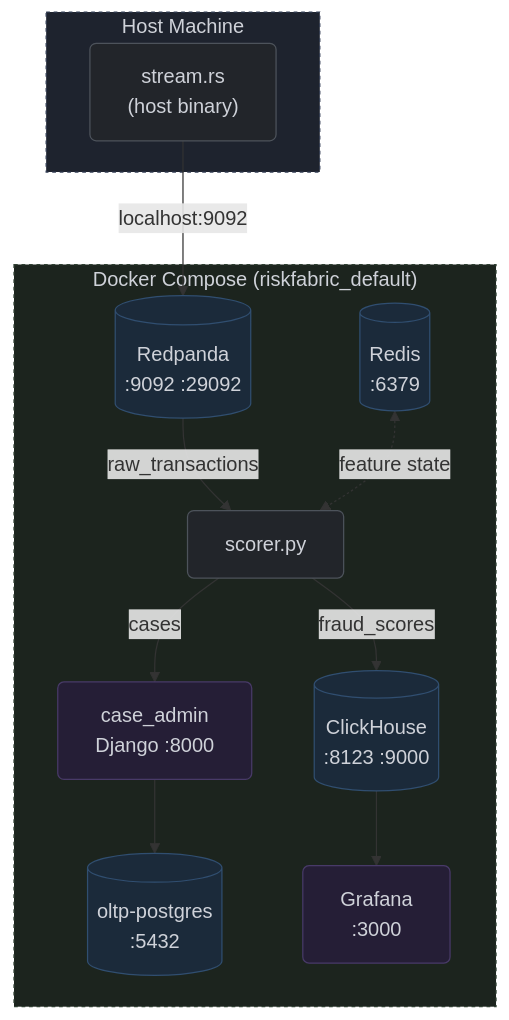
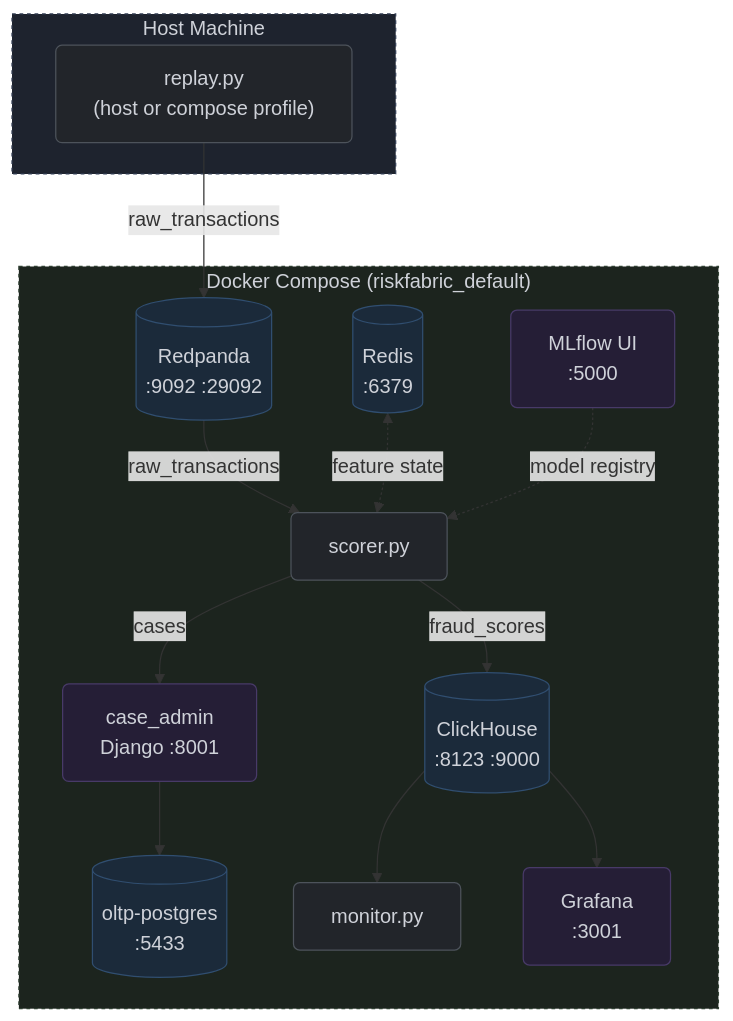
Before and after one commit to harshafaik/riskfabric-ml: the diagram in documentation/components/infrastructure.md, drawn with Mermaid. The commit also changed other lines of this file and 21 other files, not shown here.

````diff
--- a/documentation/components/infrastructure.md
+++ b/documentation/components/infrastructure.md
@@ -11,28 +11,32 @@
 ```mermaid
 flowchart TB
     classDef script fill:#22252a,stroke:#4d535b,stroke-width:1px,rx:5px,ry:5px,color:#cfd2d9;
     classDef store fill:#1b2a3a,stroke:#304e70,stroke-width:1px,rx:5px,ry:5px,color:#cfd2d9;
     classDef ui fill:#251e36,stroke:#483a68,stroke-width:1px,rx:5px,ry:5px,color:#cfd2d9;
     subgraph Host["Host Machine"]
-        STREAM["stream.rs\n(host binary)"]:::script
+        REPLAY["replay.py\n(host or compose profile)"]:::script
     end
     subgraph Stack["Docker Compose (riskfabric_default)"]
         RP[(Redpanda\n:9092 :29092)]:::store
         RD[(Redis\n:6379)]:::store
         CH[(ClickHouse\n:8123 :9000)]:::store
-        PG[(oltp-postgres\n:5432)]:::store
+        PG[(oltp-postgres\n:5433)]:::store
         scorer[scorer.py]:::script
-        grafana[Grafana\n:3000]:::ui
-        caseadmin[case_admin\nDjango :8000]:::ui
+        monitor[monitor.py]:::script
+        grafana[Grafana\n:3001]:::ui
+        caseadmin[case_admin\nDjango :8001]:::ui
+        mlflow[MLflow UI\n:5000]:::ui
     end
-    STREAM -->|"localhost:9092"| RP
+    REPLAY -->|"raw_transactions"| RP
     RP -->|"raw_transactions"| scorer
     scorer -->|"fraud_scores"| CH
     scorer -->|"cases"| caseadmin
     caseadmin --> PG
     RD <-.->|"feature state"| scorer
     CH --> grafana
+    CH --> monitor
+    mlflow -.->|"model registry"| scorer
 
     style Host fill:#1e232e,stroke:#333e54,stroke-width:1px,stroke-dasharray: 3 3,color:#cfd2d9
     style Stack fill:#1c241e,stroke:#304033,stroke-width:1px,stroke-dasharray: 3 3,color:#cfd2d9
 ```
````
